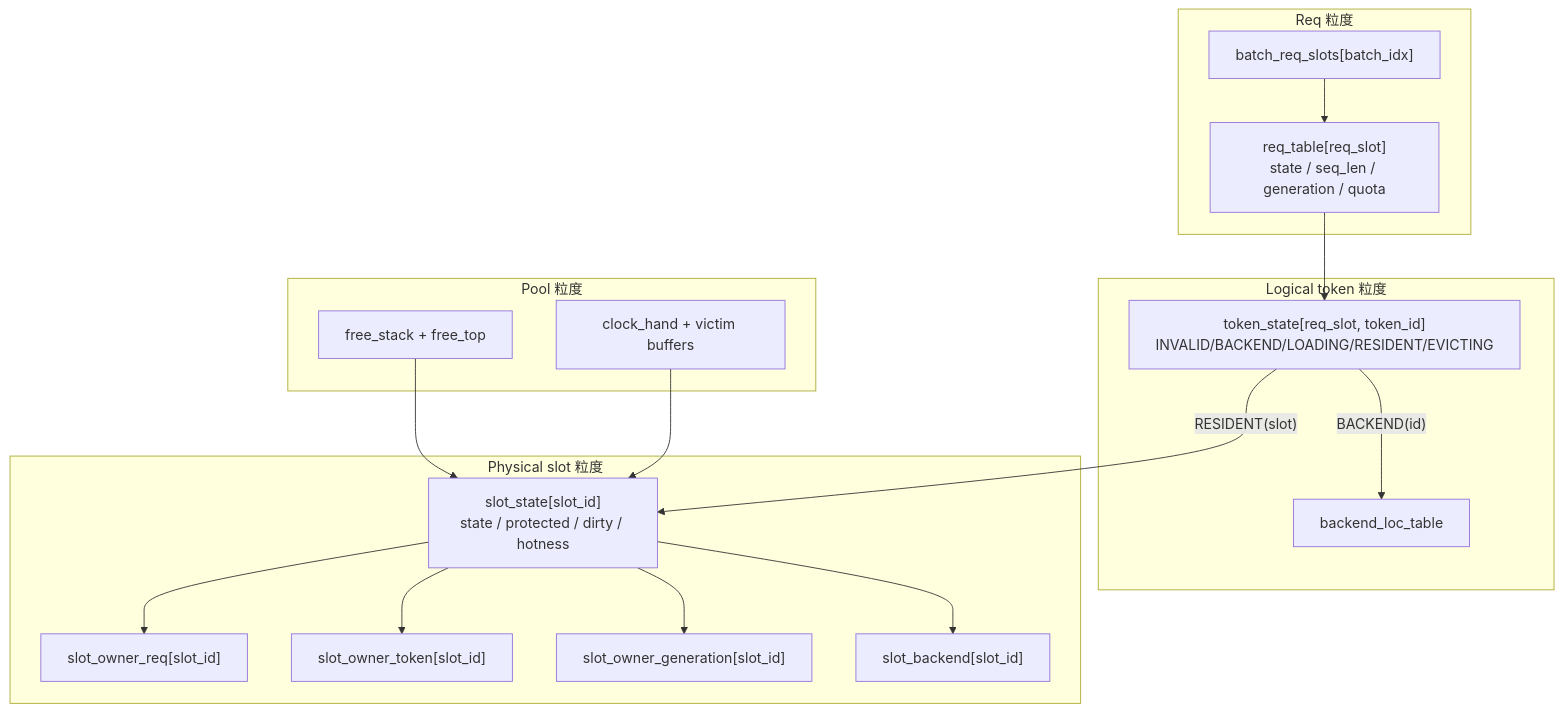
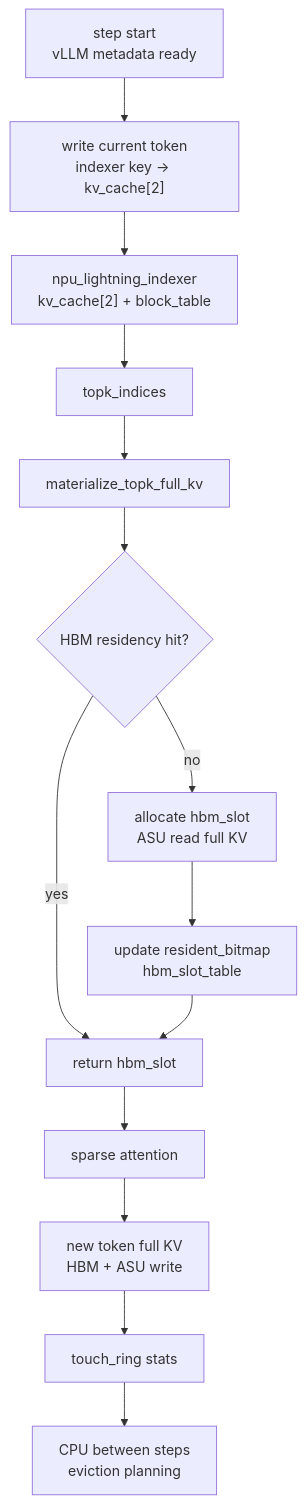
Before and after one commit to ykfnxx/ASU-Ascend: the fourth of 8 diagrams in docs/draft/2026-06-02-npu-hbm-kvcache-management-draft.md, drawn with Mermaid. The commit also changed other lines of this file, not shown here.

Commit message:
Rewrite KVCache draft around block table

````diff
--- a/docs/draft/2026-06-02-npu-hbm-kvcache-management-draft.md
+++ b/docs/draft/2026-06-02-npu-hbm-kvcache-management-draft.md
@@ -168,36 +432,16 @@
 ```mermaid
 flowchart TB
-    subgraph Req["Req 粒度"]
-        RT["req_table[req_slot]<br/>state / seq_len / generation / quota"]
-        BM["batch_req_slots[batch_idx]"]
-    end
-
-    subgraph Token["Logical token 粒度"]
-        TS["token_state[req_slot, token_id]<br/>INVALID/BACKEND/LOADING/RESIDENT/EVICTING"]
-        BL["backend_loc_table"]
-    end
-
-    subgraph Slot["Physical slot 粒度"]
-        SS["slot_state[slot_id]<br/>state / protected / dirty / hotness"]
-        OR["slot_owner_req[slot_id]"]
-        OT["slot_owner_token[slot_id]"]
-        OG["slot_owner_generation[slot_id]"]
-        SB["slot_backend[slot_id]"]
-    end
-
-    subgraph Pool["Pool 粒度"]
-        FS["free_stack + free_top"]
-        CK["clock_hand + victim buffers"]
-    end
-
-    BM --> RT
-    RT --> TS
-    TS -- "RESIDENT(slot)" --> SS
-    TS -- "BACKEND(id)" --> BL
-    SS --> OR
-    SS --> OT
-    SS --> OG
-    SS --> SB
-    FS --> SS
-    CK --> SS
+    A["step start<br/>vLLM metadata ready"] --> B["write current token<br/>indexer key -> kv_cache[2]"]
+    B --> C["npu_lightning_indexer<br/>kv_cache[2] + block_table"]
+    C --> D["topk_indices"]
+    D --> E["materialize_topk_full_kv"]
+    E --> F{"HBM residency hit?"}
+    F -- "yes" --> G["return hbm_slot"]
+    F -- "no" --> H["allocate hbm_slot<br/>ASU read full KV"]
+    H --> I["update resident_bitmap<br/>hbm_slot_table"]
+    I --> G
+    G --> J["sparse attention"]
+    J --> K["new token full KV<br/>HBM + ASU write"]
+    K --> L["touch_ring stats"]
+    L --> M["CPU between steps<br/>eviction planning"]
 ```
````
